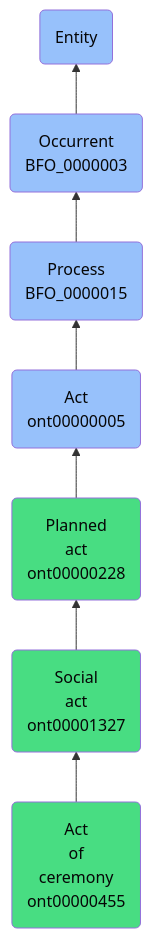
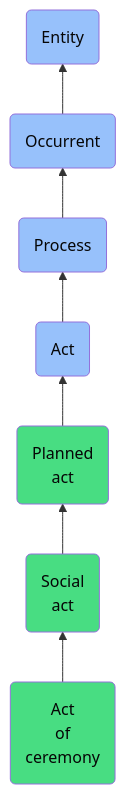
One commit to jupyter-naas/abi changed the diagram in docs/ontology/reference/model/Entity/Occurrent/Process/Act/Planned act/Social act/Act of ceremony/Act of ceremony.md. Above: the diagram before and after it, drawn with Mermaid. The commit also changed other lines of this file and 1430 other files, not shown here.

````diff
--- a/docs/ontology/reference/model/Entity/Occurrent/Process/Act/Planned act/Social act/Act of ceremony/Act of ceremony.md
+++ b/docs/ontology/reference/model/Entity/Occurrent/Process/Act/Planned act/Social act/Act of ceremony/Act of ceremony.md
@@ -24,14 +24,14 @@
 ```mermaid
 graph BT
-    ont00000455(Act<br>of<br>ceremony<br>ont00000455):::ABI-->ont00001327
-    ont00001327(Social<br>act<br>ont00001327):::ABI-->ont00000228
-    ont00000228(Planned<br>act<br>ont00000228):::ABI-->ont00000005
-    ont00000005(Act<br>ont00000005):::BFO-->BFO_0000015
-    BFO_0000015(Process<br>BFO_0000015):::BFO-->BFO_0000003
-    BFO_0000003(Occurrent<br>BFO_0000003):::BFO-->BFO_0000001
+    ont00000455(Act<br>of<br>ceremony):::ABI-->ont00001327
+    ont00001327(Social<br>act):::ABI-->ont00000228
+    ont00000228(Planned<br>act):::ABI-->ont00000005
+    ont00000005(Act):::BFO-->BFO_0000015
+    BFO_0000015(Process):::BFO-->BFO_0000003
+    BFO_0000003(Occurrent):::BFO-->BFO_0000001
     BFO_0000001(Entity):::BFO
     
     classDef BFO fill:#97c1fb,color:#060606
     classDef CCO fill:#e4c51e,color:#060606
     classDef ABI fill:#48DD82,color:#060606
 ```
````
